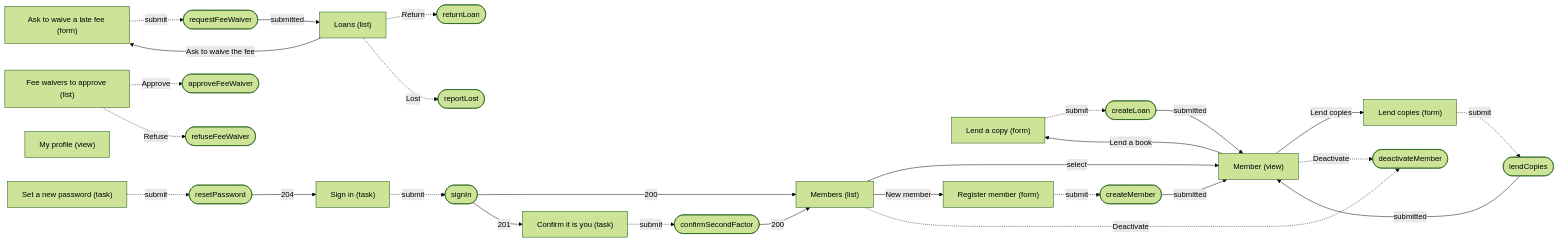
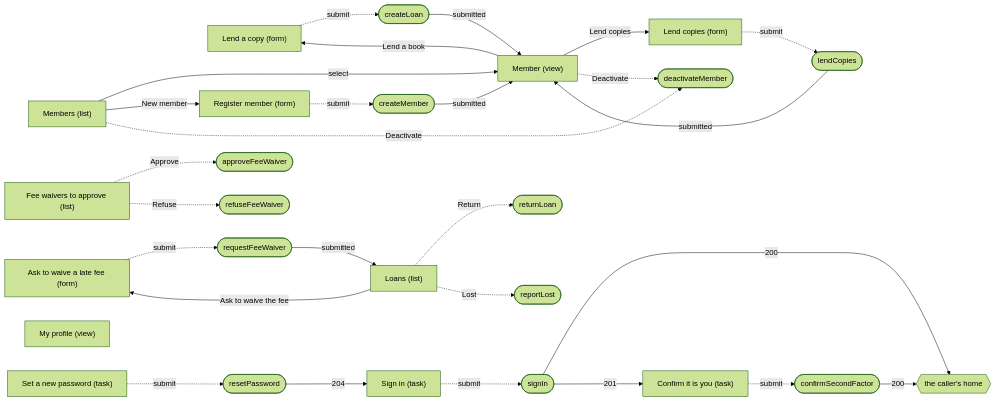
One commit to SpecArch/specarch changed diagram 29 of 30 in examples/library-lending/docs/techspec.md. Above: the diagram before and after it, drawn with Mermaid (forest theme). The commit also changed other lines of this file and 258 other files, not shown here.

First line of the commit message:
Lead a task page's answer to the caller's home with navigate callerHome, in both validators and the three ui generators, and sign in to it in library lending

````diff
--- a/examples/library-lending/docs/techspec.md
+++ b/examples/library-lending/docs/techspec.md
@@ -1646,53 +1646,54 @@
 ```mermaid
 flowchart LR
   fee_waiver_form["Ask to waive a late fee (form)"]
   fee_waivers_inbox["Fee waivers to approve (list)"]
   loan_form["Lend a copy (form)"]
   loans_list["Loans (list)"]
   member_form["Register member (form)"]
   member_loans["Lend copies (form)"]
   member_view["Member (view)"]
   members_list["Members (list)"]
   profile["My profile (view)"]
   reset_password["Set a new password (task)"]
   second_factor["Confirm it is you (task)"]
   sign_in["Sign in (task)"]
+  callerHome{{"the caller's home"}}
   op_requestFeeWaiver(["requestFeeWaiver"])
   fee_waiver_form -.->|"submit"| op_requestFeeWaiver
   op_requestFeeWaiver -->|"submitted"| loans_list
   op_approveFeeWaiver(["approveFeeWaiver"])
   fee_waivers_inbox -.->|"Approve"| op_approveFeeWaiver
   op_refuseFeeWaiver(["refuseFeeWaiver"])
   fee_waivers_inbox -.->|"Refuse"| op_refuseFeeWaiver
   op_createLoan(["createLoan"])
   loan_form -.->|"submit"| op_createLoan
   op_createLoan -->|"submitted"| member_view
   op_returnLoan(["returnLoan"])
   loans_list -.->|"Return"| op_returnLoan
   op_reportLost(["reportLost"])
   loans_list -.->|"Lost"| op_reportLost
   loans_list -->|"Ask to waive the fee"| fee_waiver_form
   op_createMember(["createMember"])
   member_form -.->|"submit"| op_createMember
   op_createMember -->|"submitted"| member_view
   op_lendCopies(["lendCopies"])
   member_loans -.->|"submit"| op_lendCopies
   op_lendCopies -->|"submitted"| member_view
   member_view -->|"Lend a book"| loan_form
   member_view -->|"Lend copies"| member_loans
   op_deactivateMember(["deactivateMember"])
   member_view -.->|"Deactivate"| op_deactivateMember
   members_list -->|"select"| member_view
   members_list -->|"New member"| member_form
   members_list -.->|"Deactivate"| op_deactivateMember
   op_resetPassword(["resetPassword"])
   reset_password -.->|"submit"| op_resetPassword
   op_resetPassword -->|"204"| sign_in
   op_confirmSecondFactor(["confirmSecondFactor"])
   second_factor -.->|"submit"| op_confirmSecondFactor
-  op_confirmSecondFactor -->|"200"| members_list
+  op_confirmSecondFactor -->|"200"| callerHome
   op_signIn(["signIn"])
   sign_in -.->|"submit"| op_signIn
-  op_signIn -->|"200"| members_list
+  op_signIn -->|"200"| callerHome
   op_signIn -->|"201"| second_factor
 ```
````
